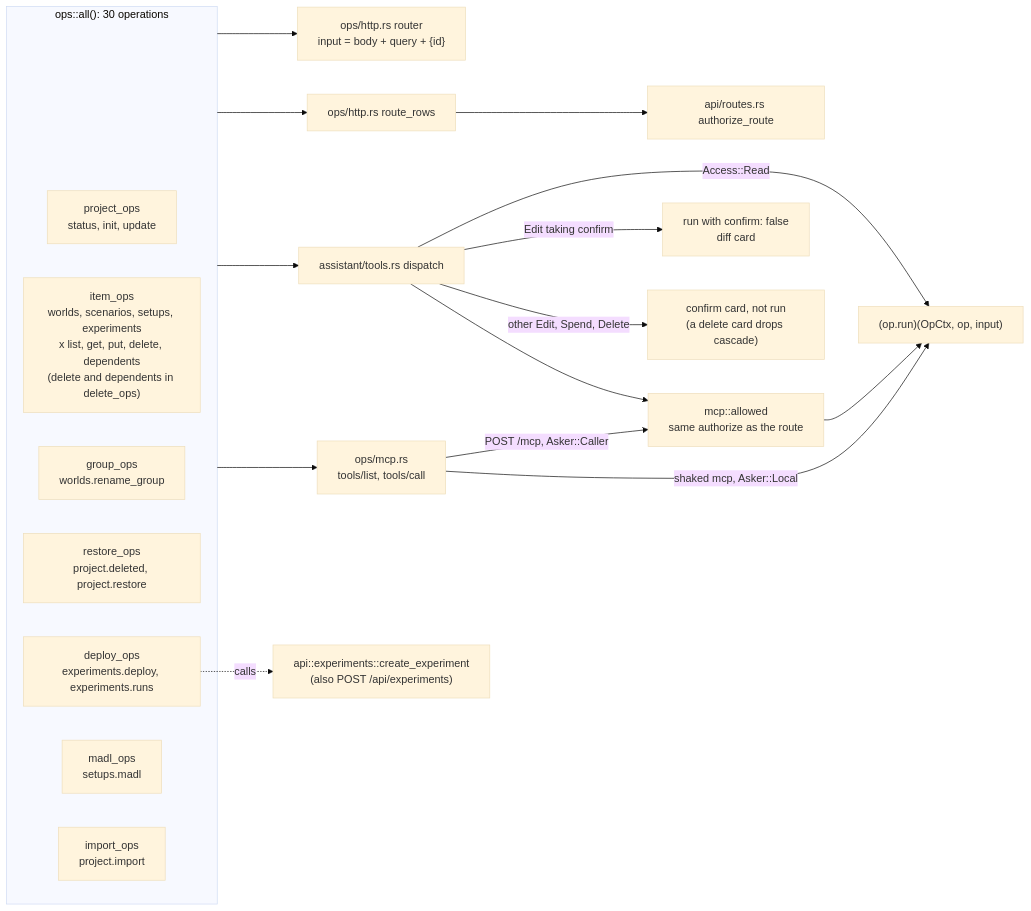
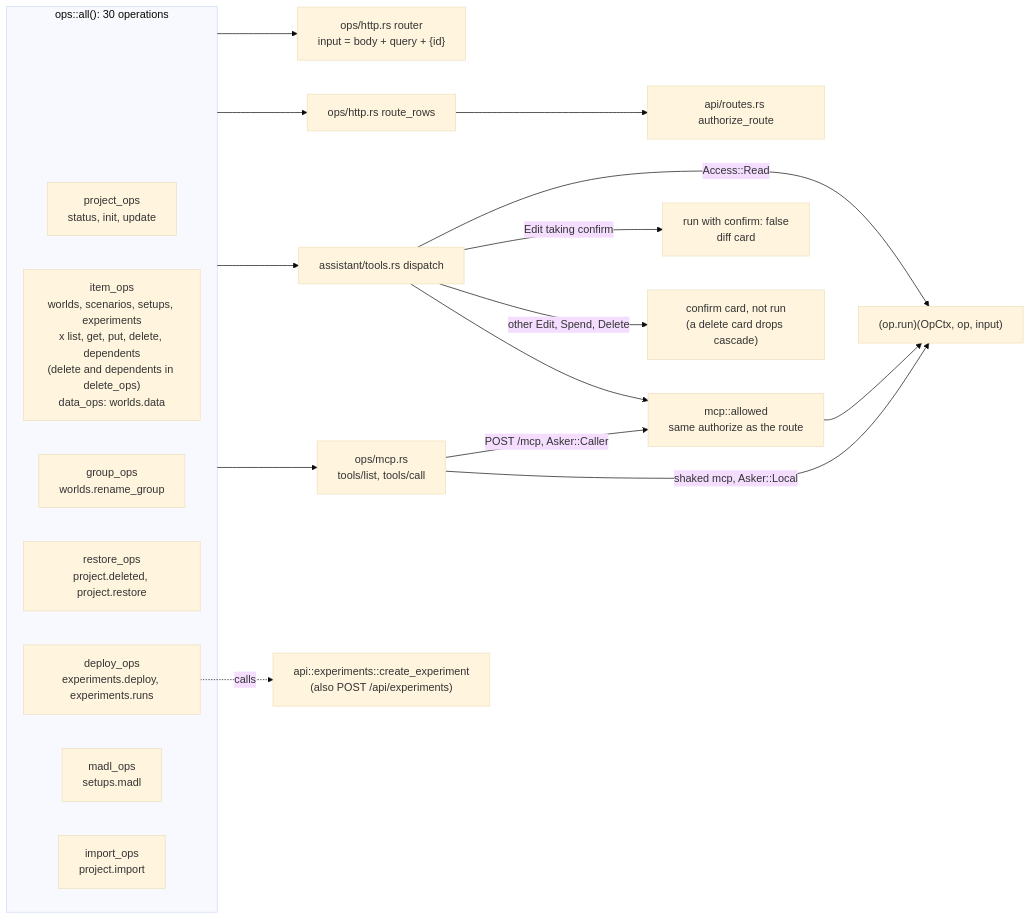
The second of 4 diagrams in docs/internals/api-and-ops.md (CopperTide/Shakedown), drawn with Mermaid (base theme) before and after one commit. The commit also changed other lines of this file and 9 other files, not shown here.

````diff
--- a/docs/internals/api-and-ops.md
+++ b/docs/internals/api-and-ops.md
@@ -110,25 +110,25 @@
 ```mermaid
 flowchart LR
     subgraph registry["ops::all(): 30 operations"]
       P["project_ops<br/>status, init, update"]
-      I["item_ops<br/>worlds, scenarios, setups, experiments<br/>x list, get, put, delete, dependents<br/>(delete and dependents in delete_ops)"]
+      I["item_ops<br/>worlds, scenarios, setups, experiments<br/>x list, get, put, delete, dependents<br/>(delete and dependents in delete_ops)<br/>data_ops: worlds.data"]
       G["group_ops<br/>worlds.rename_group"]
       R["restore_ops<br/>project.deleted, project.restore"]
       D["deploy_ops<br/>experiments.deploy, experiments.runs"]
       M["madl_ops<br/>setups.madl"]
       X["import_ops<br/>project.import"]
     end
     registry --> HTTP["ops/http.rs router<br/>input = body + query + {id}"]
     registry --> ROWS["ops/http.rs route_rows"]
     ROWS --> AR["api/routes.rs authorize_route"]
     registry --> MCP["ops/mcp.rs<br/>tools/list, tools/call"]
     MCP -->|"POST /mcp, Asker::Caller"| AL["mcp::allowed<br/>same authorize as the route"]
     MCP -->|"shaked mcp, Asker::Local"| RUN
     registry --> AS["assistant/tools.rs dispatch"]
     AS --> AL
     AL --> RUN["(op.run)(OpCtx, op, input)"]
     AS -->|"Access::Read"| RUN
     AS -->|"Edit taking confirm"| PROP["run with confirm: false<br/>diff card"]
     AS -->|"other Edit, Spend, Delete"| HOLD["confirm card, not run<br/>(a delete card drops cascade)"]
     D -.->|calls| CE["api::experiments::create_experiment<br/>(also POST /api/experiments)"]
 ```
````
